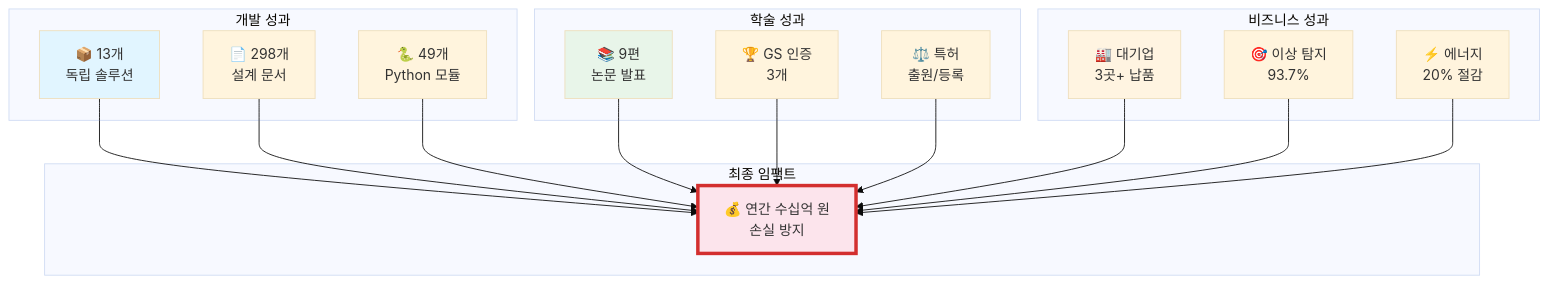
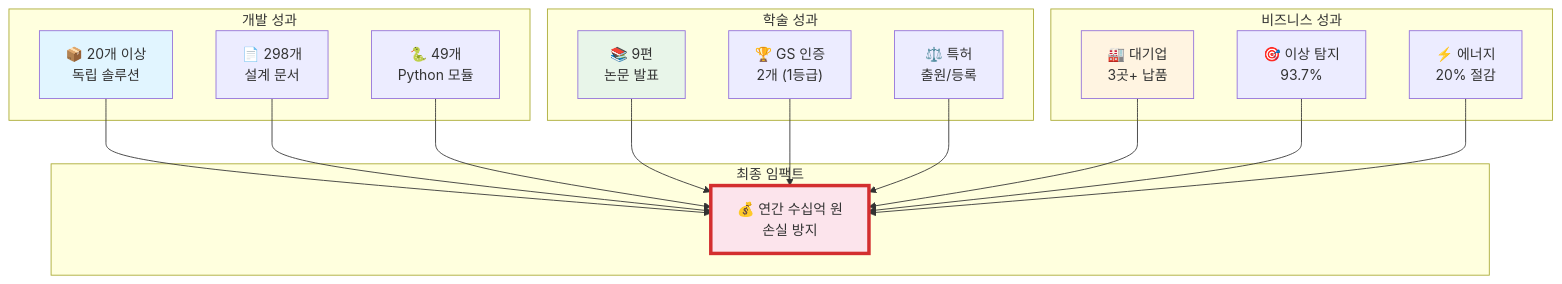
The third of 12 diagrams in portfolio/portfolio_docs/Executive_Summary/04_Visual_Portfolio.md (moobaek/Testing_AI_agents_for_public_use), drawn with Mermaid before and after one commit. The commit also changed other lines of this file and 16 other files, not shown here.

First line of the commit message:
포트폴리오 문서 업데이트: GS 인증 정보 수정, Mermaid 다이어그램 옵시디언 호환성 개선, 개인 프로필 추가

````diff
--- a/portfolio/portfolio_docs/Executive_Summary/04_Visual_Portfolio.md
+++ b/portfolio/portfolio_docs/Executive_Summary/04_Visual_Portfolio.md
@@ -101,34 +99,33 @@
 ```mermaid
-%%{init: {'theme':'base'}}%%
 graph TB
     subgraph "개발 성과"
-        A1["📦 13개<br/>독립 솔루션"]
+        A1["📦 20개 이상<br/>독립 솔루션"]
         A2["📄 298개<br/>설계 문서"]
         A3["🐍 49개<br/>Python 모듈"]
     end
-    
+
     subgraph "학술 성과"
         B1["📚 9편<br/>논문 발표"]
-        B2["🏆 GS 인증<br/>3개"]
+        B2["🏆 GS 인증<br/>2개 (1등급)"]
         B3["⚖️ 특허<br/>출원/등록"]
     end
     
     subgraph "비즈니스 성과"
         C1["🏭 대기업<br/>3곳+ 납품"]
         C2["🎯 이상 탐지<br/>93.7%"]
         C3["⚡ 에너지<br/>20% 절감"]
     end
     
     subgraph "최종 임팩트"
         D["💰 연간 수십억 원<br/>손실 방지"]
     end
     
     A1 & A2 & A3 --> D
     B1 & B2 & B3 --> D
     C1 & C2 & C3 --> D
     
     style D fill:#fce4ec,stroke:#d32f2f,stroke-width:4px
     style A1 fill:#e1f5ff
     style B1 fill:#e8f5e9
     style C1 fill:#fff4e1
 ```
````
